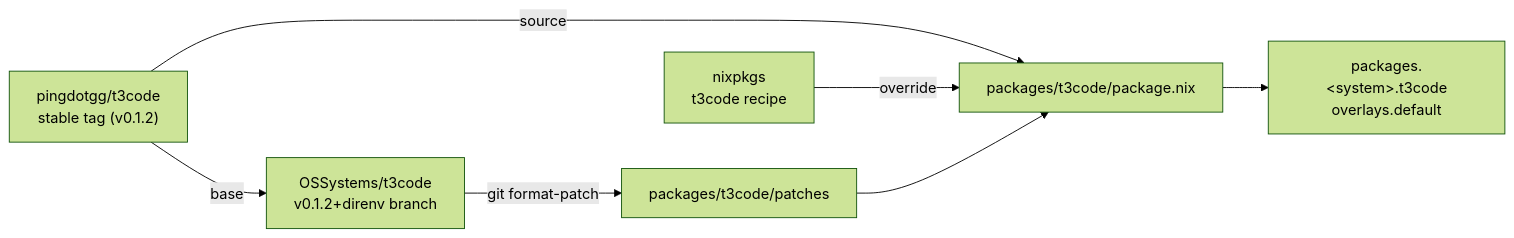
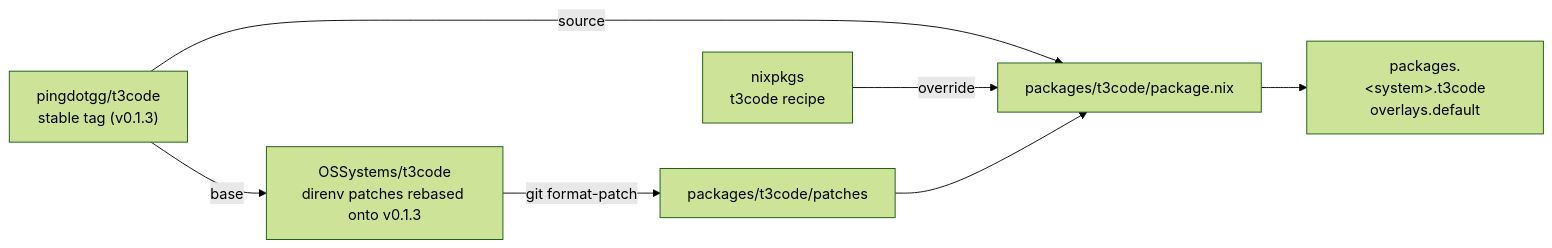
Before and after one commit to OSSystems/t3code-nix: the diagram in README.md, drawn with Mermaid (forest theme). The commit also changed 3 other files, not shown here.

````diff
--- a/README.md
+++ b/README.md
@@ -15,16 +15,16 @@
 ```mermaid
 flowchart LR
-  upstream["pingdotgg/t3code<br/>stable tag (v0.1.2)"]
-  fork["OSSystems/t3code<br/>v0.1.2+direnv branch"]
+  upstream["pingdotgg/t3code<br/>stable tag (v0.1.3)"]
+  fork["OSSystems/t3code<br/>direnv patches rebased onto v0.1.3"]
   recipe["nixpkgs<br/>t3code recipe"]
   patches["packages/t3code/patches"]
   pkg["packages/t3code/package.nix"]
   out["packages.&lt;system&gt;.t3code<br/>overlays.default"]
 
   upstream -- "base" --> fork
   fork -- "git format-patch" --> patches
   upstream -- "source" --> pkg
   recipe -- "override" --> pkg
   patches --> pkg
   pkg --> out
 ```
````
